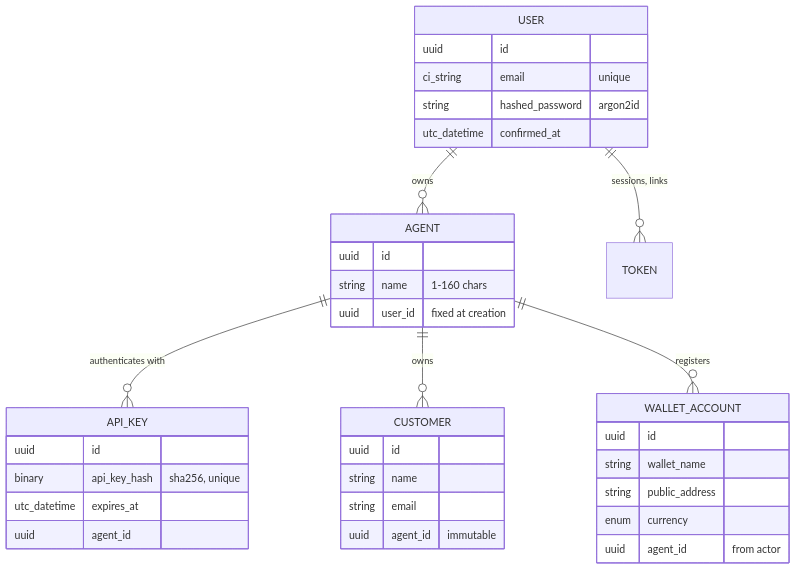
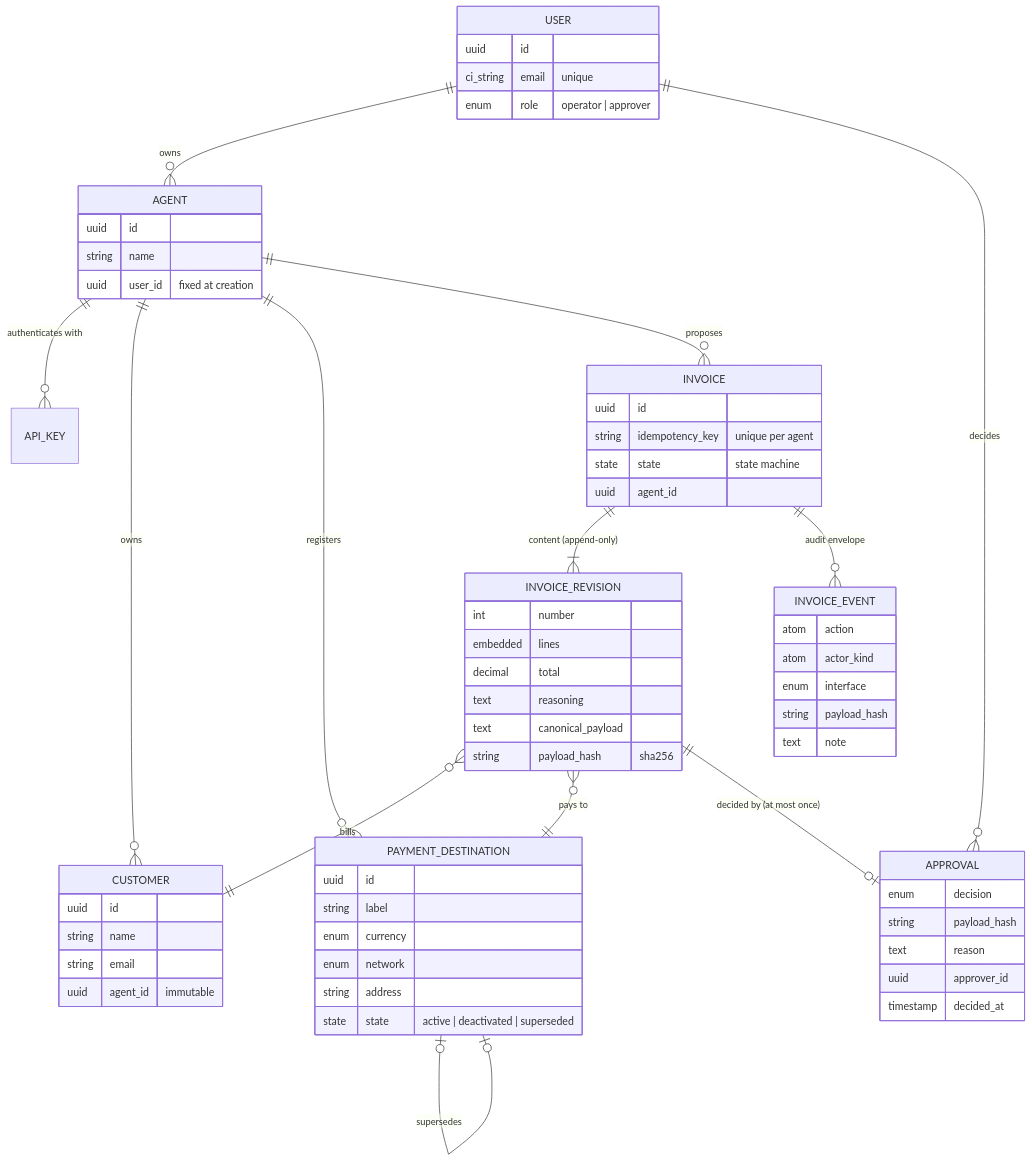
The first of 2 diagrams in docs/DOMAIN_MODEL.md (cognokratos/tauros-revenue), drawn with Mermaid before and after one commit. The commit also changed other lines of this file and 145 other files, not shown here.

````diff
--- a/docs/DOMAIN_MODEL.md
+++ b/docs/DOMAIN_MODEL.md
@@ -7,14 +8,24 @@
 ```mermaid
 erDiagram
     USER ||--o{ AGENT : "owns"
     AGENT ||--o{ API_KEY : "authenticates with"
     AGENT ||--o{ CUSTOMER : "owns"
-    AGENT ||--o{ WALLET_ACCOUNT : "registers"
-    USER ||--o{ TOKEN : "sessions, links"
+    AGENT ||--o{ PAYMENT_DESTINATION : "registers"
+    PAYMENT_DESTINATION |o--o| PAYMENT_DESTINATION : "supersedes"
+    AGENT ||--o{ INVOICE : "proposes"
+    INVOICE ||--|{ INVOICE_REVISION : "content (append-only)"
+    INVOICE_REVISION }o--|| CUSTOMER : "bills"
+    INVOICE_REVISION }o--|| PAYMENT_DESTINATION : "pays to"
+    INVOICE_REVISION ||--o| APPROVAL : "decided by (at most once)"
+    USER ||--o{ APPROVAL : "decides"
+    INVOICE ||--o{ INVOICE_EVENT : "audit envelope"
 
-    USER { uuid id ci_string email "unique" string hashed_password "argon2id" utc_datetime confirmed_at }
-    AGENT { uuid id string name "1-160 chars" uuid user_id "fixed at creation" }
-    API_KEY { uuid id binary api_key_hash "sha256, unique" utc_datetime expires_at uuid agent_id }
+    USER { uuid id ci_string email "unique" enum role "operator | approver" }
+    AGENT { uuid id string name uuid user_id "fixed at creation" }
     CUSTOMER { uuid id string name string email uuid agent_id "immutable" }
-    WALLET_ACCOUNT { uuid id string wallet_name string public_address enum currency uuid agent_id "from actor" }
+    PAYMENT_DESTINATION { uuid id string label enum currency enum network string address state state "active | deactivated | superseded" }
+    INVOICE { uuid id string idempotency_key "unique per agent" state state "state machine" uuid agent_id }
+    INVOICE_REVISION { int number embedded lines decimal total text reasoning text canonical_payload string payload_hash "sha256" }
+    APPROVAL { enum decision string payload_hash text reason uuid approver_id timestamp decided_at }
+    INVOICE_EVENT { atom action atom actor_kind enum interface string payload_hash text note }
 ```
````
